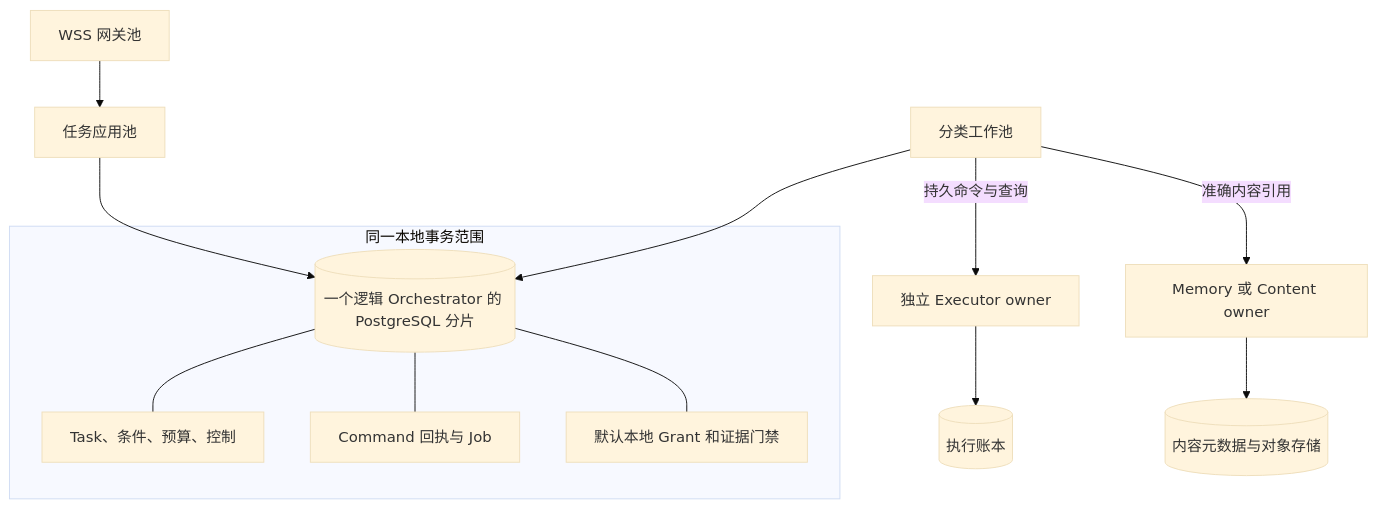
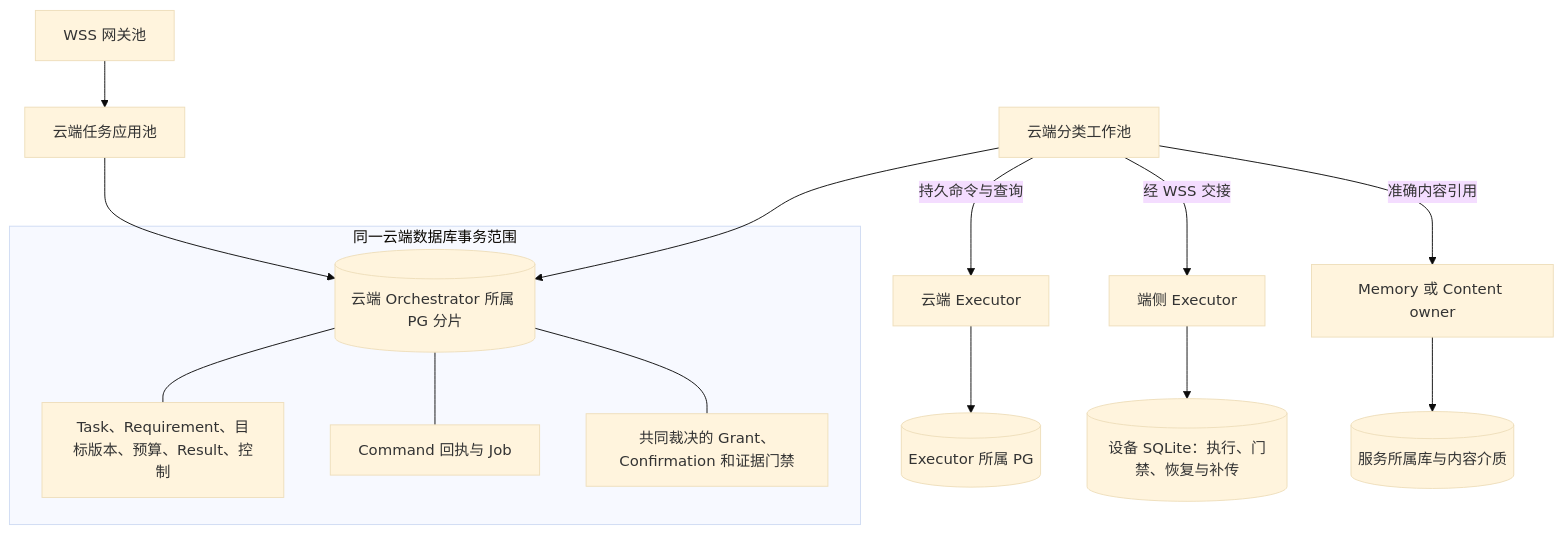
The diagram in docs/architecture/system-model.md (ruipengliu/lerna), drawn with Mermaid (base theme) before and after one commit. The commit also changed other lines of this file and 24 other files, not shown here.

````diff
--- a/docs/architecture/system-model.md
+++ b/docs/architecture/system-model.md
@@ -58,15 +58,17 @@
 ```mermaid
 flowchart TB
-    G[WSS 网关池] --> O[任务应用池]
-    O --> D[(一个逻辑 Orchestrator 的 PostgreSQL 分片)]
-    W[分类工作池] --> D
-    subgraph T[同一本地事务范围]
-        D --- K[Task、条件、预算、控制]
+    G[WSS 网关池] --> O[云端任务应用池]
+    O --> D[(云端 Orchestrator 所属 PG 分片)]
+    W[云端分类工作池] --> D
+    subgraph T[同一云端数据库事务范围]
+        D --- K[Task、Requirement、目标版本、预算、Result、控制]
         D --- J[Command 回执与 Job]
-        D --- L[默认本地 Grant 和证据门禁]
+        D --- L[共同裁决的 Grant、Confirmation 和证据门禁]
     end
-    W -->|持久命令与查询| E[独立 Executor owner]
+    W -->|持久命令与查询| E[云端 Executor]
+    E --> ED[(Executor 所属 PG)]
+    W -->|经 WSS 交接| X[端侧 Executor]
+    X --> XD[(设备 SQLite：执行、门禁、恢复与补传)]
     W -->|准确内容引用| M[Memory 或 Content owner]
-    E --> ED[(执行账本)]
-    M --> MD[(内容元数据与对象存储)]
+    M --> MD[(服务所属库与内容介质)]
 ```
````
